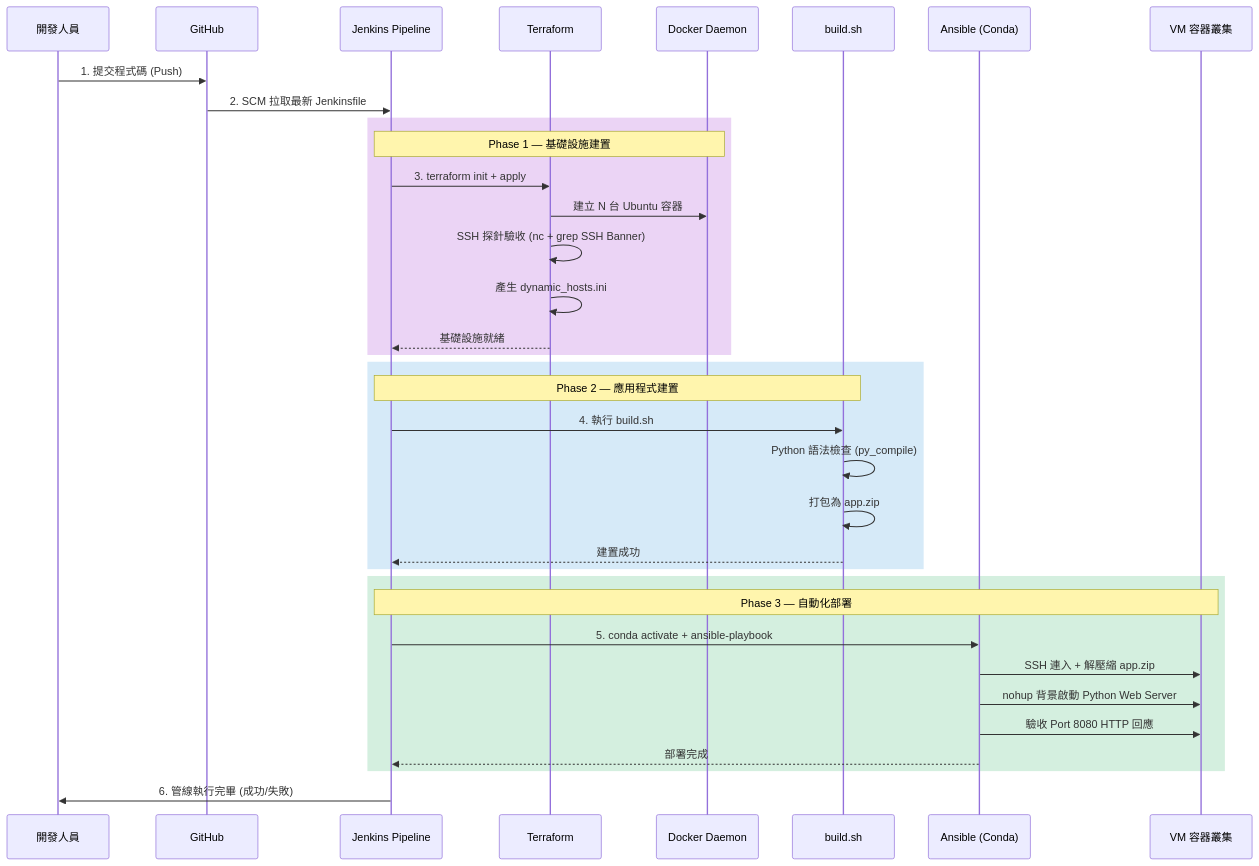
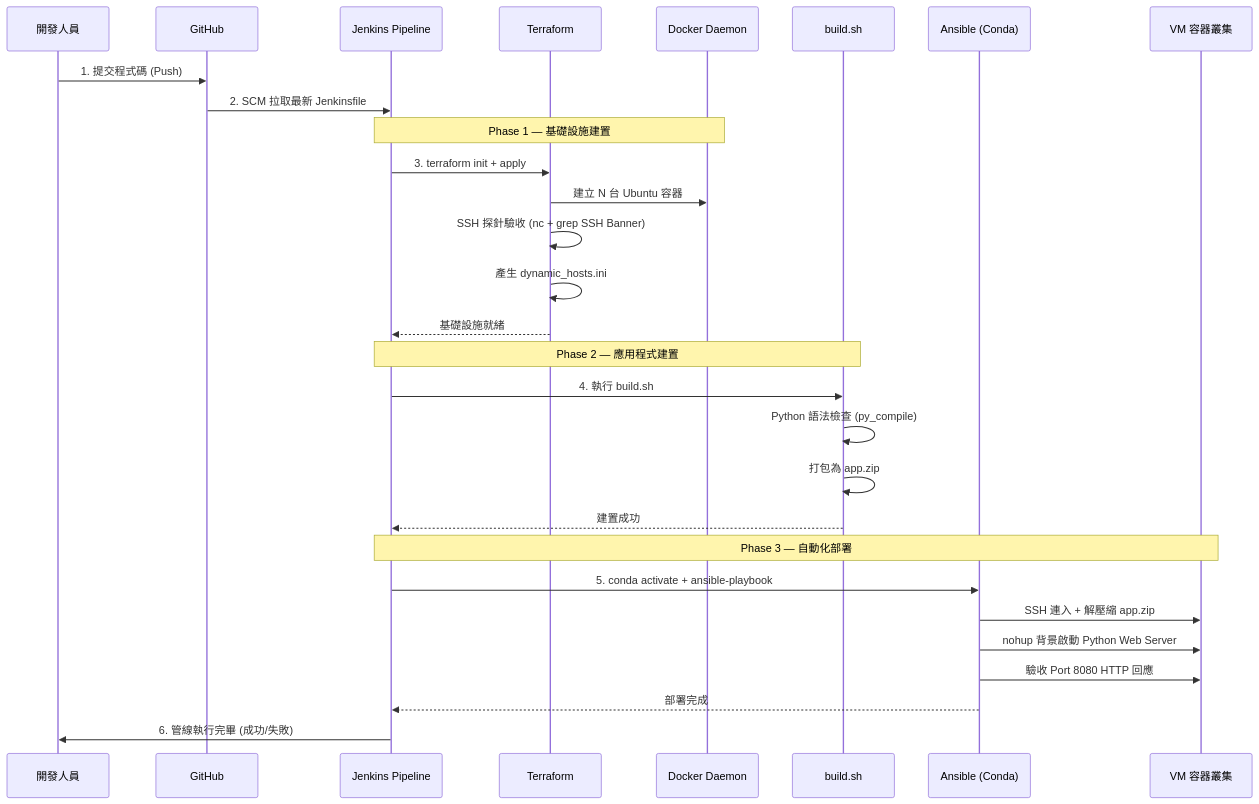
One commit to JeffLin0225/Infra-Provisioning-Flow changed the second of 2 diagrams in README.md. Above: the diagram before and after it, drawn with Mermaid.

Commit message:
doc: 移除架構圖背景顏色

````diff
--- a/README.md
+++ b/README.md
@@ -92,42 +92,36 @@
 ```mermaid
 sequenceDiagram
     participant Dev as 開發人員
     participant Git as GitHub
     participant Jenkins as Jenkins Pipeline
     participant TF as Terraform
     participant Docker as Docker Daemon
     participant Build as build.sh
     participant Ansible as Ansible (Conda)
     participant VMs as VM 容器叢集
 
     Dev->>Git: 1. 提交程式碼 (Push)
     Git->>Jenkins: 2. SCM 拉取最新 Jenkinsfile
     
-    rect rgb(235, 212, 245)
-        Note over Jenkins,Docker: Phase 1 — 基礎設施建置
-        Jenkins->>TF: 3. terraform init + apply
-        TF->>Docker: 建立 N 台 Ubuntu 容器
-        TF->>TF: SSH 探針驗收 (nc + grep SSH Banner)
-        TF->>TF: 產生 dynamic_hosts.ini
-        TF-->>Jenkins: 基礎設施就緒
-    end
+    Note over Jenkins,Docker: Phase 1 — 基礎設施建置
+    Jenkins->>TF: 3. terraform init + apply
+    TF->>Docker: 建立 N 台 Ubuntu 容器
+    TF->>TF: SSH 探針驗收 (nc + grep SSH Banner)
+    TF->>TF: 產生 dynamic_hosts.ini
+    TF-->>Jenkins: 基礎設施就緒
     
-    rect rgb(214, 234, 248)
-        Note over Jenkins,Build: Phase 2 — 應用程式建置
-        Jenkins->>Build: 4. 執行 build.sh
-        Build->>Build: Python 語法檢查 (py_compile)
-        Build->>Build: 打包為 app.zip
-        Build-->>Jenkins: 建置成功
-    end
+    Note over Jenkins,Build: Phase 2 — 應用程式建置
+    Jenkins->>Build: 4. 執行 build.sh
+    Build->>Build: Python 語法檢查 (py_compile)
+    Build->>Build: 打包為 app.zip
+    Build-->>Jenkins: 建置成功
     
-    rect rgb(212, 239, 223)
-        Note over Jenkins,VMs: Phase 3 — 自動化部署
-        Jenkins->>Ansible: 5. conda activate + ansible-playbook
-        Ansible->>VMs: SSH 連入 + 解壓縮 app.zip
-        Ansible->>VMs: nohup 背景啟動 Python Web Server
-        Ansible->>VMs: 驗收 Port 8080 HTTP 回應
-        Ansible-->>Jenkins: 部署完成
-    end
+    Note over Jenkins,VMs: Phase 3 — 自動化部署
+    Jenkins->>Ansible: 5. conda activate + ansible-playbook
+    Ansible->>VMs: SSH 連入 + 解壓縮 app.zip
+    Ansible->>VMs: nohup 背景啟動 Python Web Server
+    Ansible->>VMs: 驗收 Port 8080 HTTP 回應
+    Ansible-->>Jenkins: 部署完成
 
     Jenkins->>Dev: 6. 管線執行完畢 (成功/失敗)
 ```
````
